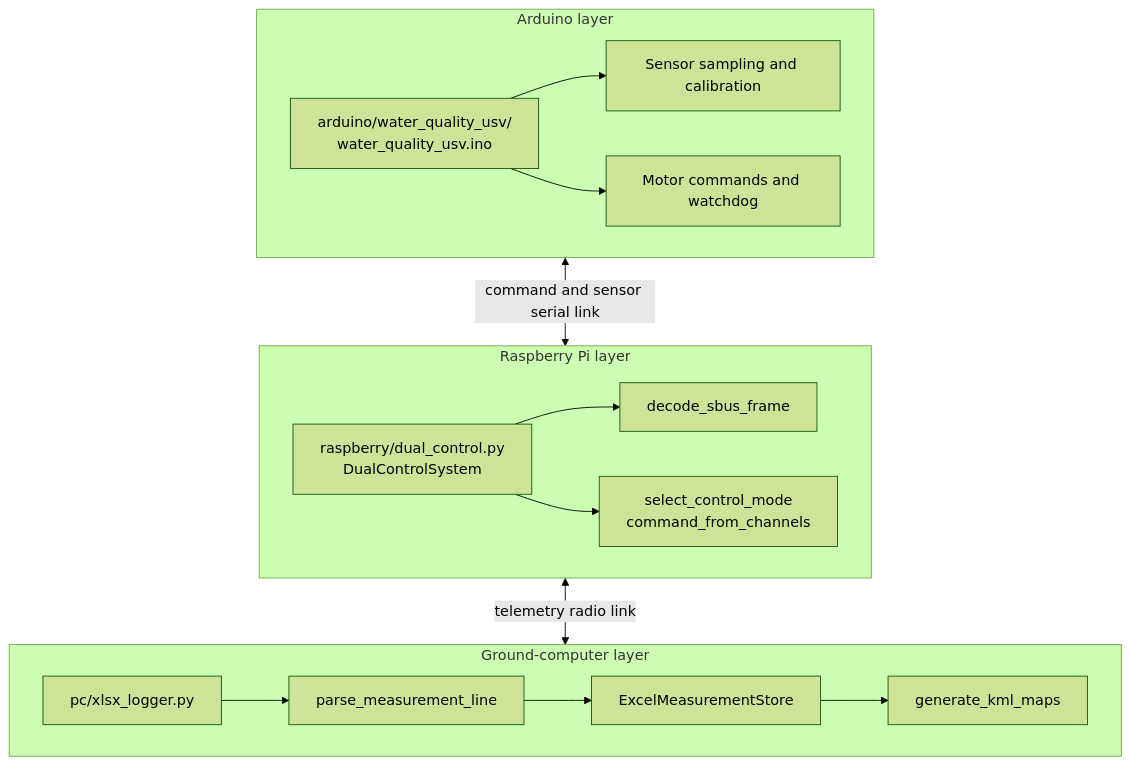
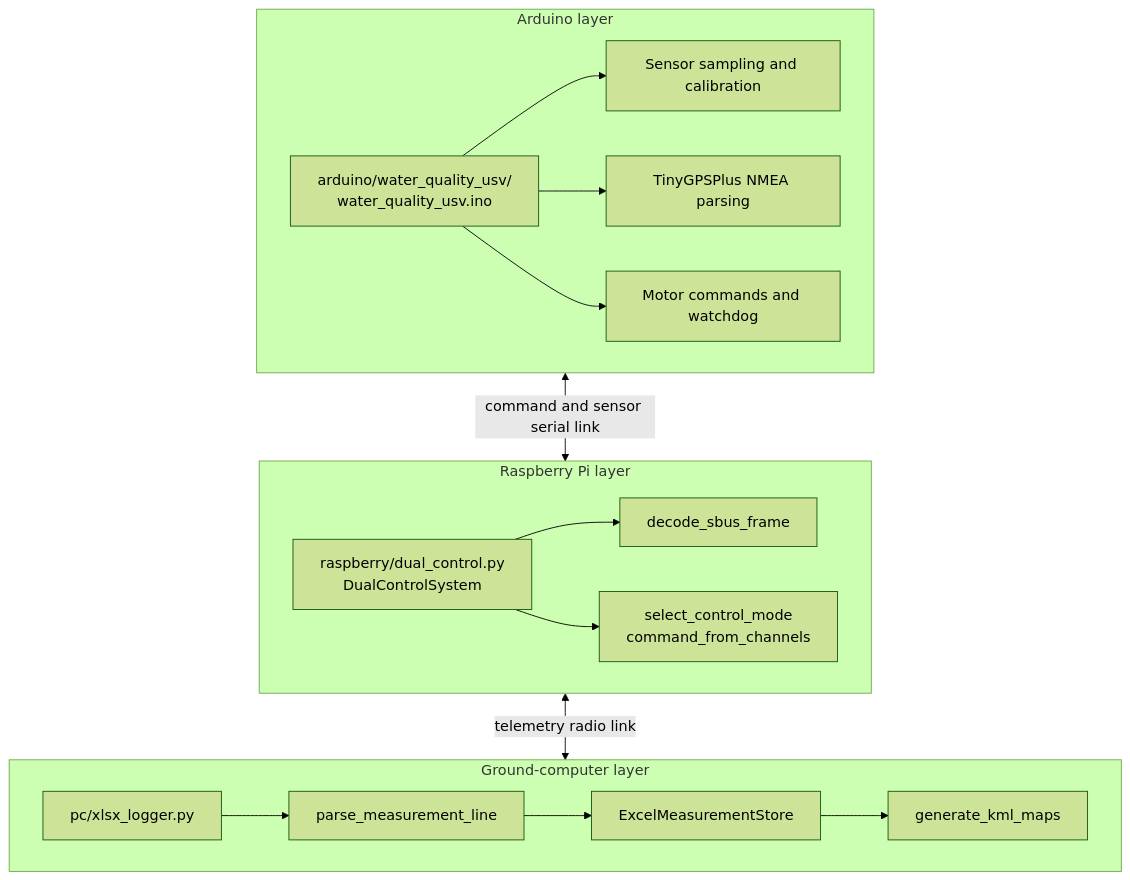
Before and after one commit to emircanylmz/water-quality-usv: the second of 8 diagrams in docs/ARCHITECTURE_EN.md, drawn with Mermaid (forest theme). The commit also changed other lines of this file and 13 other files, not shown here.

````diff
--- a/docs/ARCHITECTURE_EN.md
+++ b/docs/ARCHITECTURE_EN.md
@@ -56,17 +58,18 @@
 ```mermaid
 flowchart TB
     subgraph ArduinoLayer["Arduino layer"]
         Sketch["arduino/water_quality_usv/<br/>water_quality_usv.ino"] --> SensorRead["Sensor sampling and calibration"]
+        Sketch --> GPSRead["TinyGPSPlus NMEA parsing"]
         Sketch --> MotorDrive["Motor commands and watchdog"]
     end
     subgraph PiLayer["Raspberry Pi layer"]
         Dual["raspberry/dual_control.py<br/>DualControlSystem"] --> SBus["decode_sbus_frame"]
         Dual --> Decision["select_control_mode<br/>command_from_channels"]
     end
     subgraph GroundLayer["Ground-computer layer"]
         Logger["pc/xlsx_logger.py"] --> Protocol["parse_measurement_line"]
         Protocol --> Store["ExcelMeasurementStore"] --> Maps["generate_kml_maps"]
     end
     ArduinoLayer <-->|"command and sensor serial link"| PiLayer
     PiLayer <-->|"telemetry radio link"| GroundLayer
 ```
````
